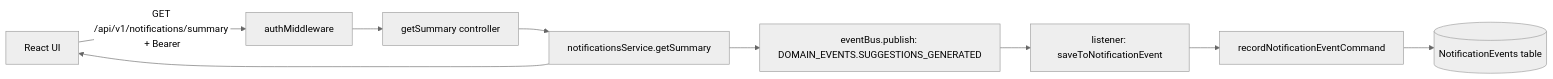
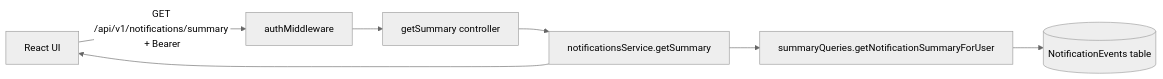
One commit to gtovar/email-cleaner-fastify changed the third of 5 diagrams in docs/architecture.md. Above: the diagram before and after it, drawn with Mermaid (neutral theme). The commit also changed other lines of this file and 11 other files, not shown here.

First line of the commit message:
refactor(notifications): aggregate summary from NotificationEvent

````diff
--- a/docs/architecture.md
+++ b/docs/architecture.md
@@ -41,11 +35,9 @@
 ```mermaid
 flowchart LR
   UI[React UI] -->|GET /api/v1/notifications/summary + Bearer| MW[authMiddleware]
   MW --> CTRL[getSummary controller]
   CTRL --> SVC[notificationsService.getSummary]
-  SVC --> BUS[eventBus.publish: DOMAIN_EVENTS.SUGGESTIONS_GENERATED]
-  BUS --> L1[listener: saveToNotificationEvent]
-  L1 --> CMD[recordNotificationEventCommand]
-  CMD --> DB[(NotificationEvents table)]
+  SVC --> QRY[summaryQueries.getNotificationSummaryForUser]
+  QRY --> DB[(NotificationEvents table)]
   SVC --> UI
 ```
````
